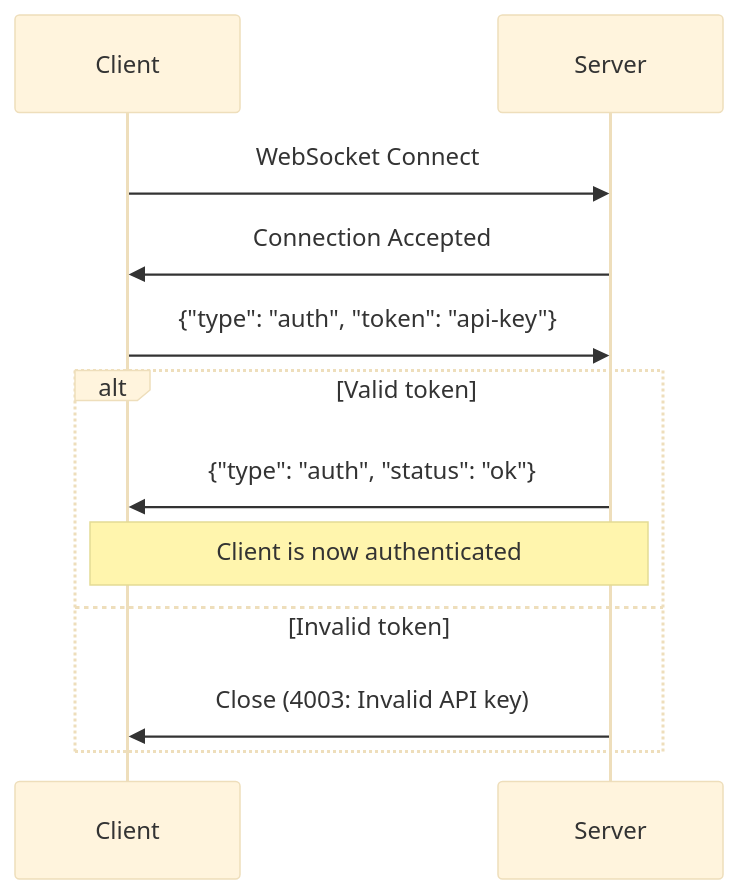
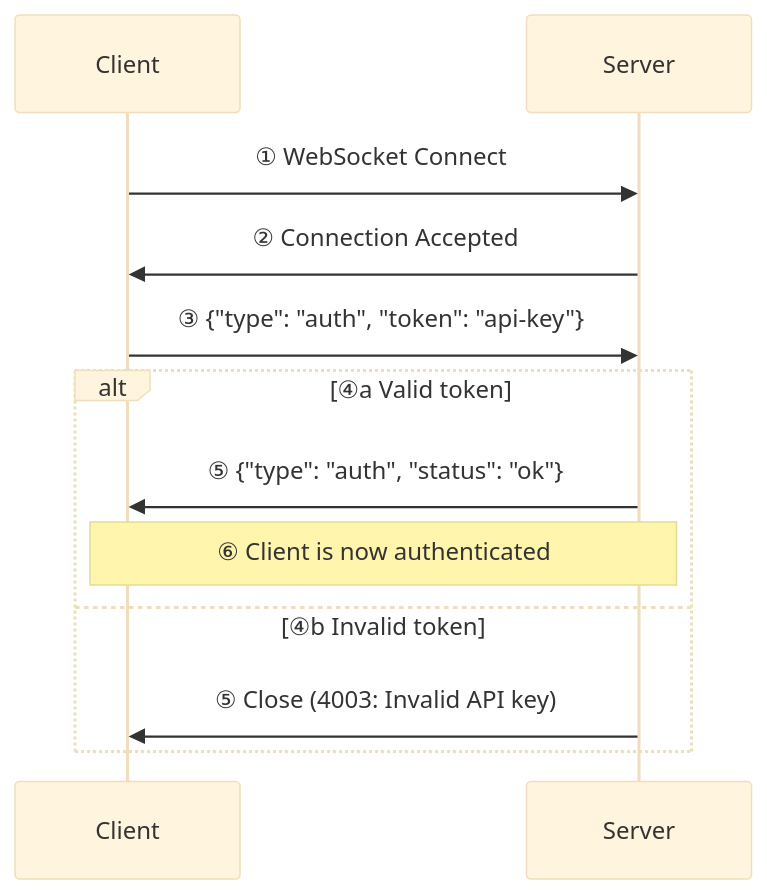
Before and after one commit to albertsdk/hsync-server: the second of 2 diagrams in docs/api.md, drawn with Mermaid (base theme). The commit also changed other lines of this file and 17 other files, not shown here.

First line of the commit message:
Add numbered phases to documentation diagrams

````diff
--- a/docs/api.md
+++ b/docs/api.md
@@ -127,15 +127,15 @@
 ```mermaid
 sequenceDiagram
     participant C as Client
     participant S as Server
 
-    C->>S: WebSocket Connect
-    S->>C: Connection Accepted
-    C->>S: {"type": "auth", "token": "api-key"}
-    alt Valid token
-        S->>C: {"type": "auth", "status": "ok"}
-        Note over C,S: Client is now authenticated
-    else Invalid token
-        S->>C: Close (4003: Invalid API key)
+    C->>S: ① WebSocket Connect
+    S->>C: ② Connection Accepted
+    C->>S: ③ {"type": "auth", "token": "api-key"}
+    alt ④a Valid token
+        S->>C: ⑤ {"type": "auth", "status": "ok"}
+        Note over C,S: ⑥ Client is now authenticated
+    else ④b Invalid token
+        S->>C: ⑤ Close (4003: Invalid API key)
     end
 ```
````
